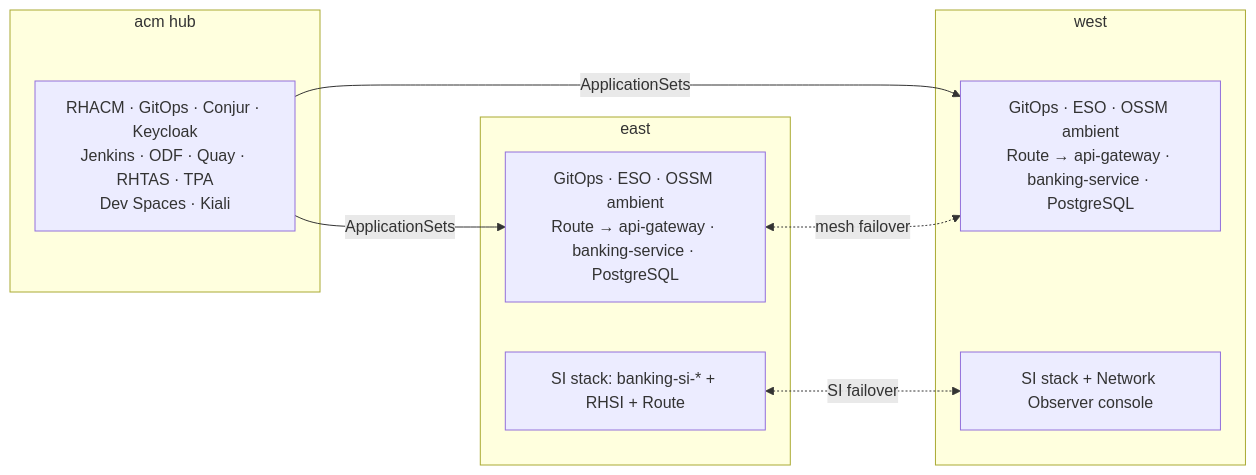
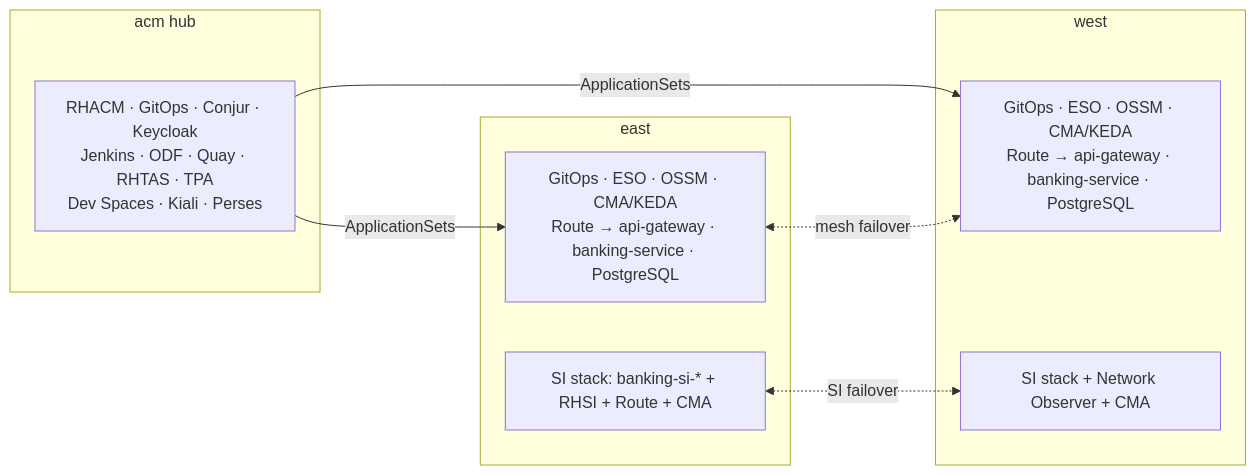
One commit to panchoraposo/demo-spring changed the diagram in README.md. Above: the diagram before and after it, drawn with Mermaid. The commit also changed other lines of this file and 11 other files, not shown here.

````diff
--- a/README.md
+++ b/README.md
@@ -15,18 +15,18 @@
 ```mermaid
 flowchart LR
   subgraph acm ["acm hub"]
-    HubSvc["RHACM · GitOps · Conjur · Keycloak<br/>Jenkins · ODF · Quay · RHTAS · TPA<br/>Dev Spaces · Kiali"]
+    HubSvc["RHACM · GitOps · Conjur · Keycloak<br/>Jenkins · ODF · Quay · RHTAS · TPA<br/>Dev Spaces · Kiali · Perses"]
   end
   subgraph east ["east"]
-    EastSvc["GitOps · ESO · OSSM ambient<br/>Route → api-gateway · banking-service · PostgreSQL"]
-    EastSI["SI stack: banking-si-* + RHSI + Route"]
+    EastSvc["GitOps · ESO · OSSM · CMA/KEDA<br/>Route → api-gateway · banking-service · PostgreSQL"]
+    EastSI["SI stack: banking-si-* + RHSI + Route + CMA"]
   end
   subgraph west ["west"]
-    WestSvc["GitOps · ESO · OSSM ambient<br/>Route → api-gateway · banking-service · PostgreSQL"]
-    WestSI["SI stack + Network Observer console"]
+    WestSvc["GitOps · ESO · OSSM · CMA/KEDA<br/>Route → api-gateway · banking-service · PostgreSQL"]
+    WestSI["SI stack + Network Observer + CMA"]
   end
   HubSvc -->|ApplicationSets| EastSvc
   HubSvc -->|ApplicationSets| WestSvc
   EastSvc <-.->|mesh failover| WestSvc
   EastSI <-.->|SI failover| WestSI
 ```
````
